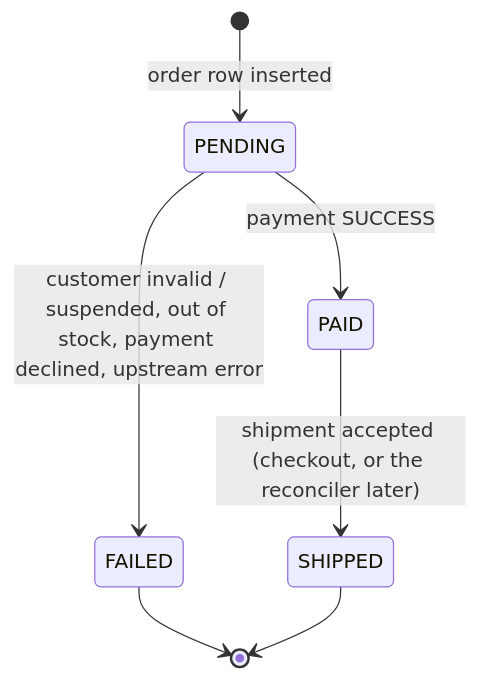
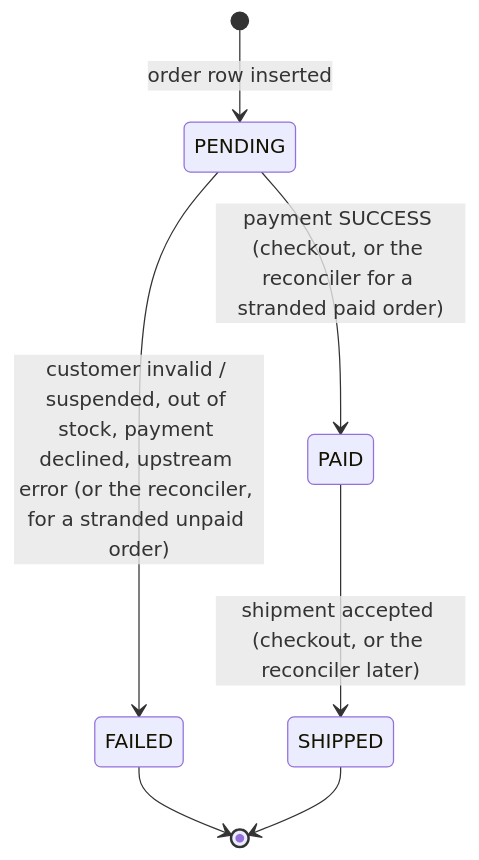
One commit to poph2/datastack changed the first of 2 diagrams in docs/microservices/order-service.md. Above: the diagram before and after it, drawn with Mermaid. The commit also changed other lines of this file and 134 other files, not shown here.

````diff
--- a/docs/microservices/order-service.md
+++ b/docs/microservices/order-service.md
@@ -50,9 +50,9 @@
 ```mermaid
 stateDiagram-v2
   [*] --> PENDING: order row inserted
-  PENDING --> FAILED: customer invalid / suspended, out of stock, payment declined, upstream error
-  PENDING --> PAID: payment SUCCESS
+  PENDING --> FAILED: customer invalid / suspended, out of stock, payment declined, upstream error (or the reconciler, for a stranded unpaid order)
+  PENDING --> PAID: payment SUCCESS (checkout, or the reconciler for a stranded paid order)
   PAID --> SHIPPED: shipment accepted (checkout, or the reconciler later)
   FAILED --> [*]
   SHIPPED --> [*]
 ```
````
